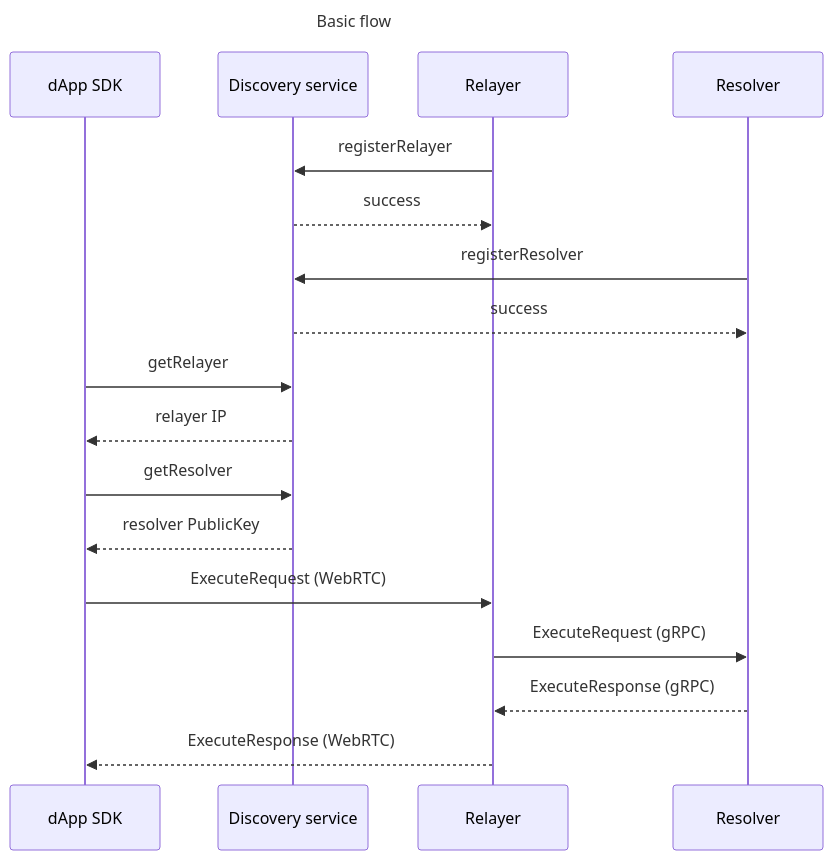
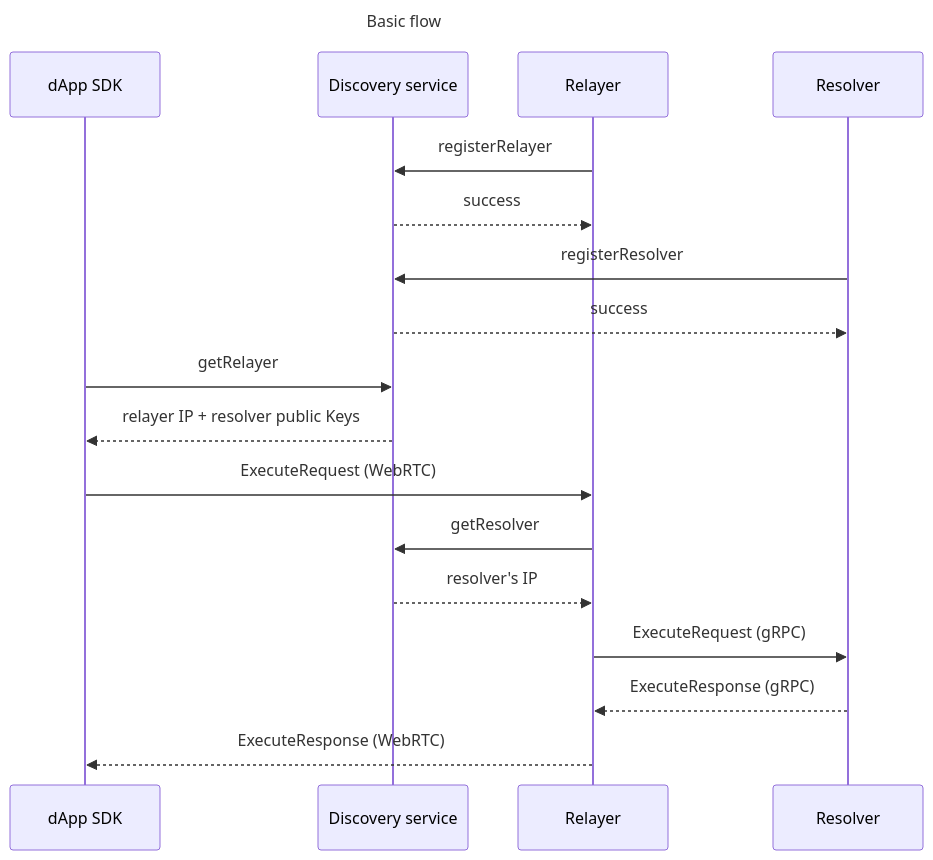
One commit to 1inch/p2p-network changed the second of 3 diagrams in README-arch.md. Above: the diagram before and after it, drawn with Mermaid. The commit also changed other lines of this file and 1 other file, not shown here.

````diff
--- a/README-arch.md
+++ b/README-arch.md
@@ -26,23 +26,23 @@
 ```mermaid
 ---
 title: Basic flow
 ---
 sequenceDiagram
     participant sdk as dApp SDK
     participant discovery as Discovery service
     participant relayer as Relayer
     participant resolver as Resolver
 
     relayer->>discovery: registerRelayer
     discovery-->>relayer: success
     resolver->>discovery: registerResolver
     discovery-->>resolver: success
     sdk->>discovery: getRelayer
-    discovery-->>sdk: relayer IP
-    sdk->>discovery: getResolver
-    discovery-->>sdk: resolver PublicKey
+    discovery-->>sdk: relayer IP + resolver public Keys
     sdk->>relayer: ExecuteRequest (WebRTC)
+    relayer->>discovery: getResolver
+    discovery-->>relayer: resolver's IP
     relayer->>resolver: ExecuteRequest (gRPC)
     resolver-->>relayer: ExecuteResponse (gRPC)
     relayer-->>sdk: ExecuteResponse (WebRTC)
 ```
````
